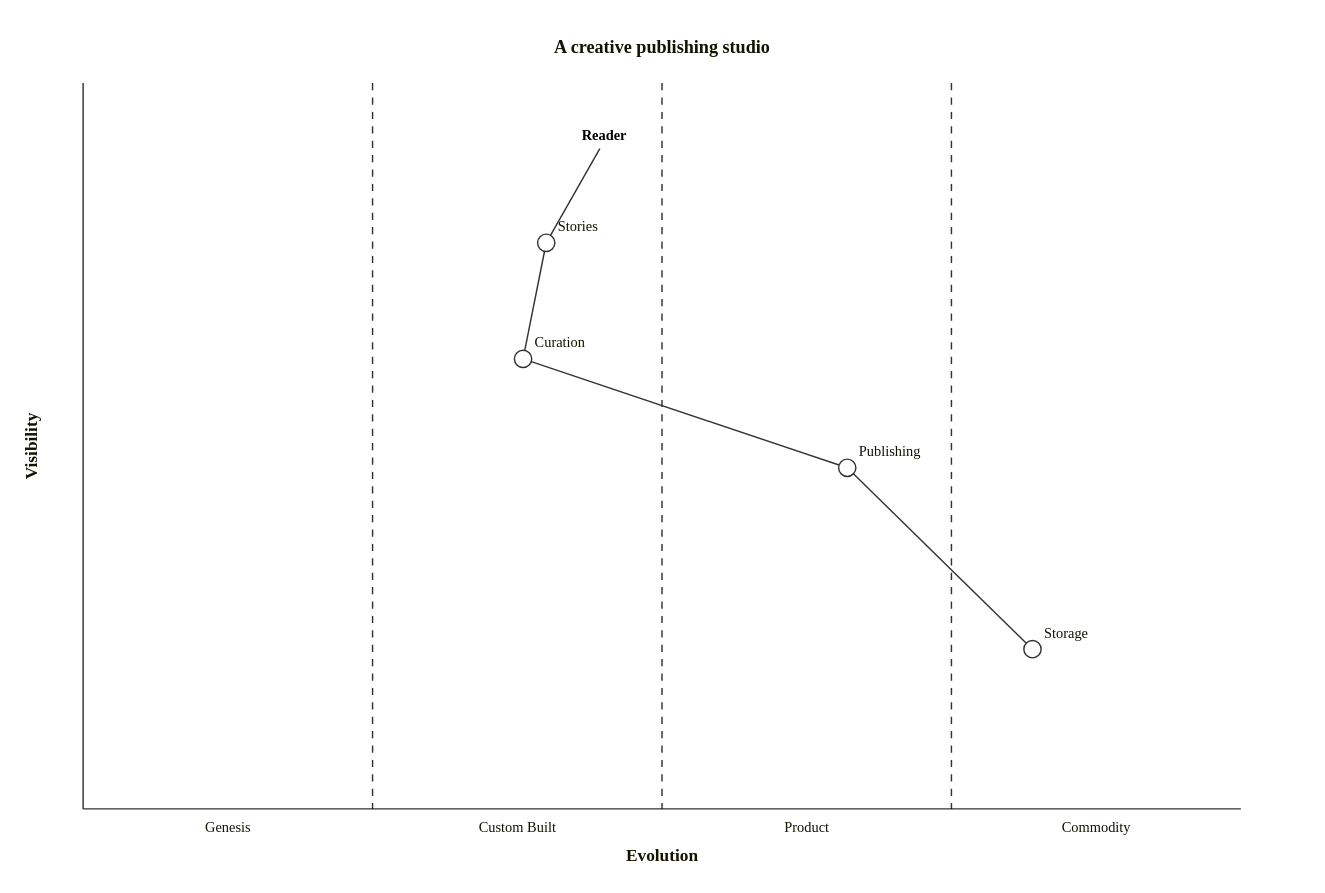
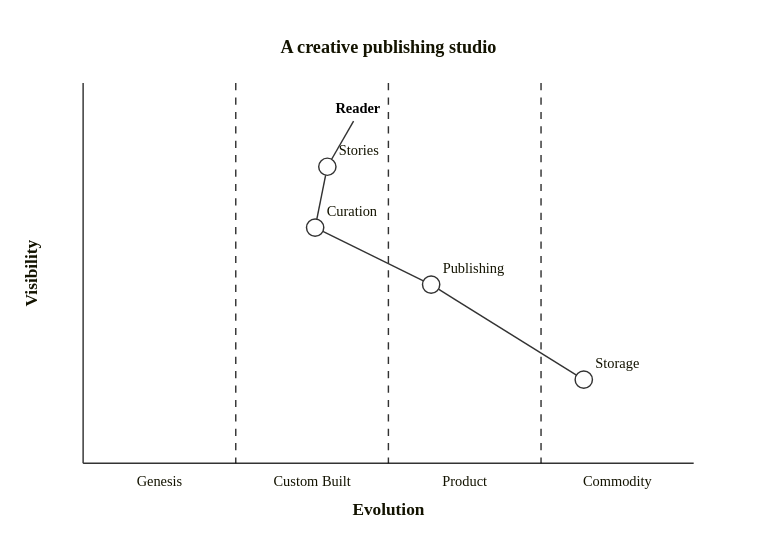
Before and after one commit to ThorFuchs/Swift-Mermaid: the diagram in Examples/MermaidGallery/Sources/GalleryContent/Diagrams/wardley.mmd, drawn with Mermaid. The commit also changed 32 other files, not shown here.

Commit message:
Polish diagram gallery and release 0.1.5

```diff
--- a/Examples/MermaidGallery/Sources/GalleryContent/Diagrams/wardley.mmd
+++ b/Examples/MermaidGallery/Sources/GalleryContent/Diagrams/wardley.mmd
@@ -1,11 +1,12 @@
 wardley-beta
     title A creative publishing studio
+    size [520, 360]
     anchor Reader [0.92, 0.45]
     component Stories [0.78, 0.40]
     component Curation [0.62, 0.38]
-    component Publishing [0.47, 0.66]
+    component Publishing [0.47, 0.57]
     component Storage [0.22, 0.82]
     Reader -> Stories
     Stories -> Curation
     Curation -> Publishing
     Publishing -> Storage
```
